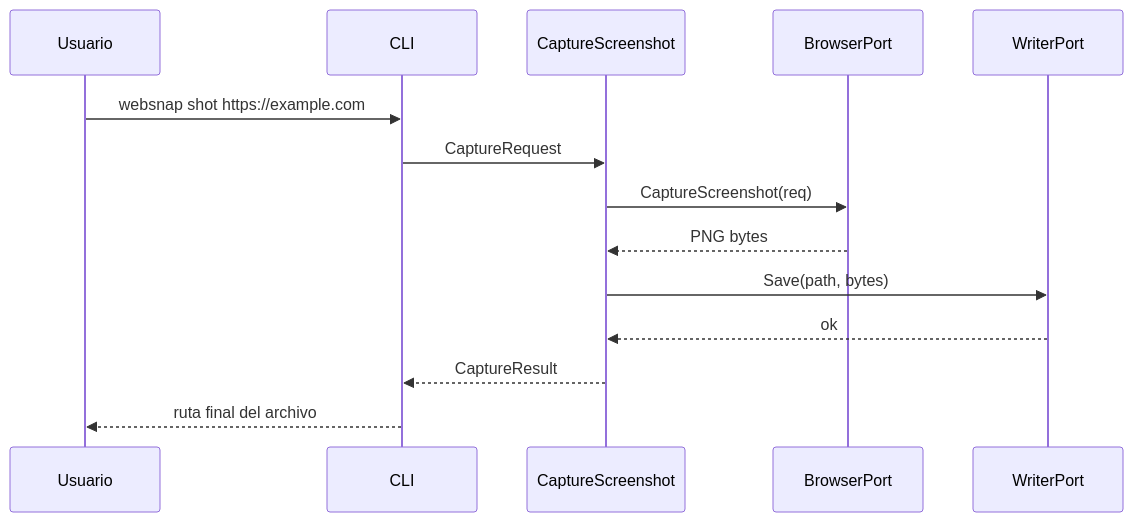
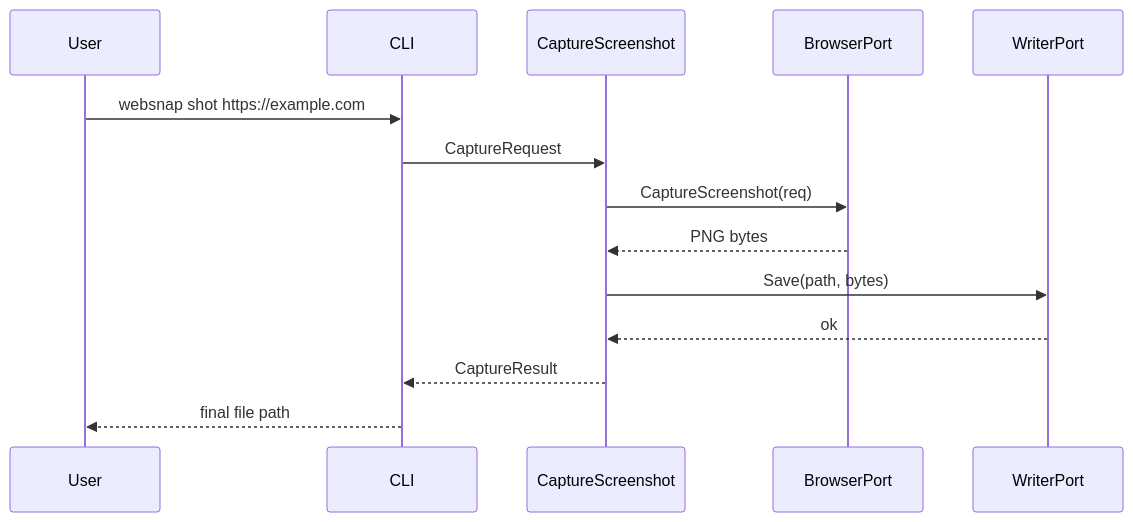
One commit to ai-cain/websnap changed the second of 2 diagrams in docs/ARCHITECTURE.md. Above: the diagram before and after it, drawn with Mermaid. The commit also changed other lines of this file and 3 other files, not shown here.

Commit message:
docs: align proposal roadmap and architecture

````diff
--- a/docs/ARCHITECTURE.md
+++ b/docs/ARCHITECTURE.md
@@ -219,17 +235,17 @@
 ```mermaid
 sequenceDiagram
-    participant U as Usuario
+    participant U as User
     participant CLI as CLI
     participant UC as CaptureScreenshot
     participant B as BrowserPort
     participant W as WriterPort
 
     U->>CLI: websnap shot https://example.com
     CLI->>UC: CaptureRequest
     UC->>B: CaptureScreenshot(req)
     B-->>UC: PNG bytes
     UC->>W: Save(path, bytes)
     W-->>UC: ok
     UC-->>CLI: CaptureResult
-    CLI-->>U: ruta final del archivo
+    CLI-->>U: final file path
 ```
````
